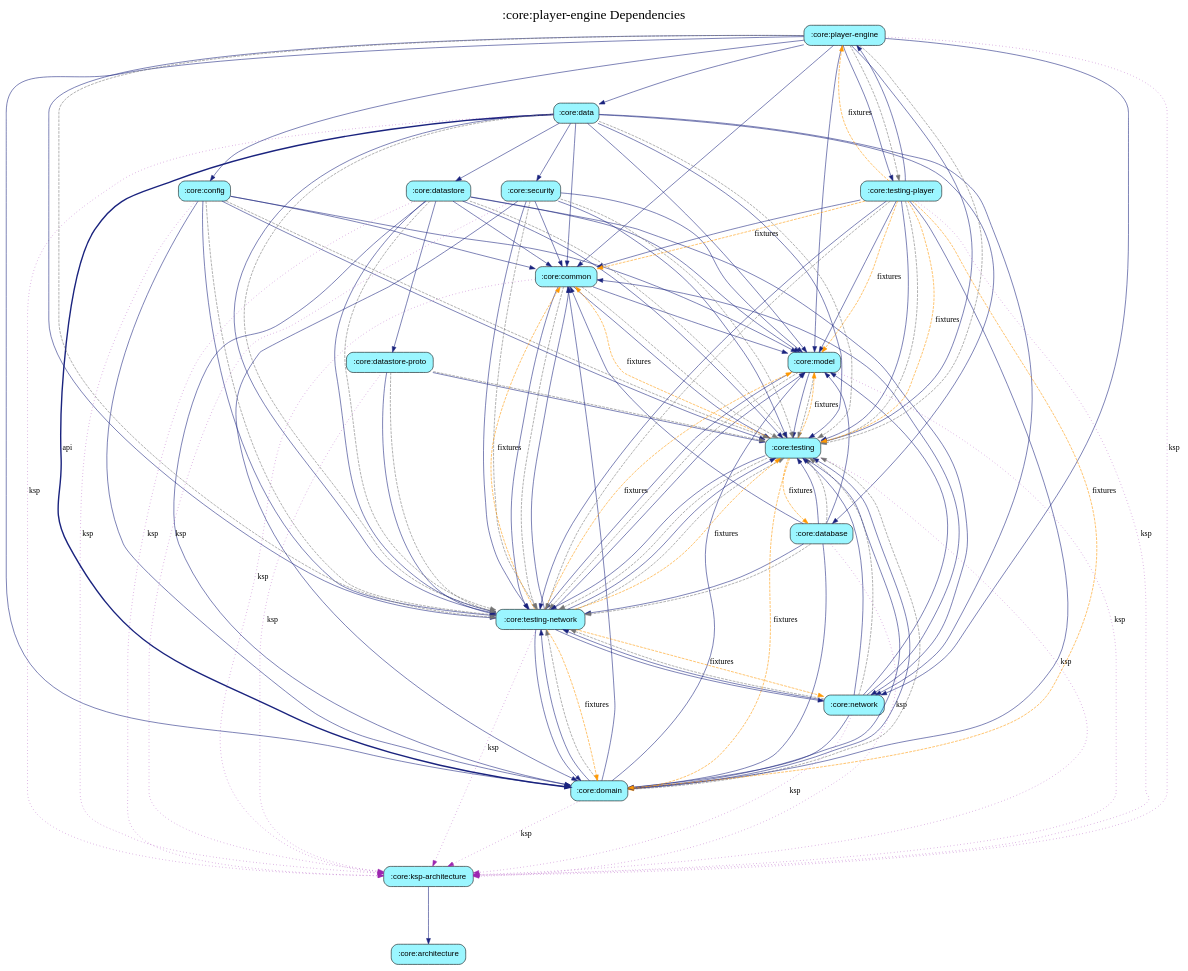
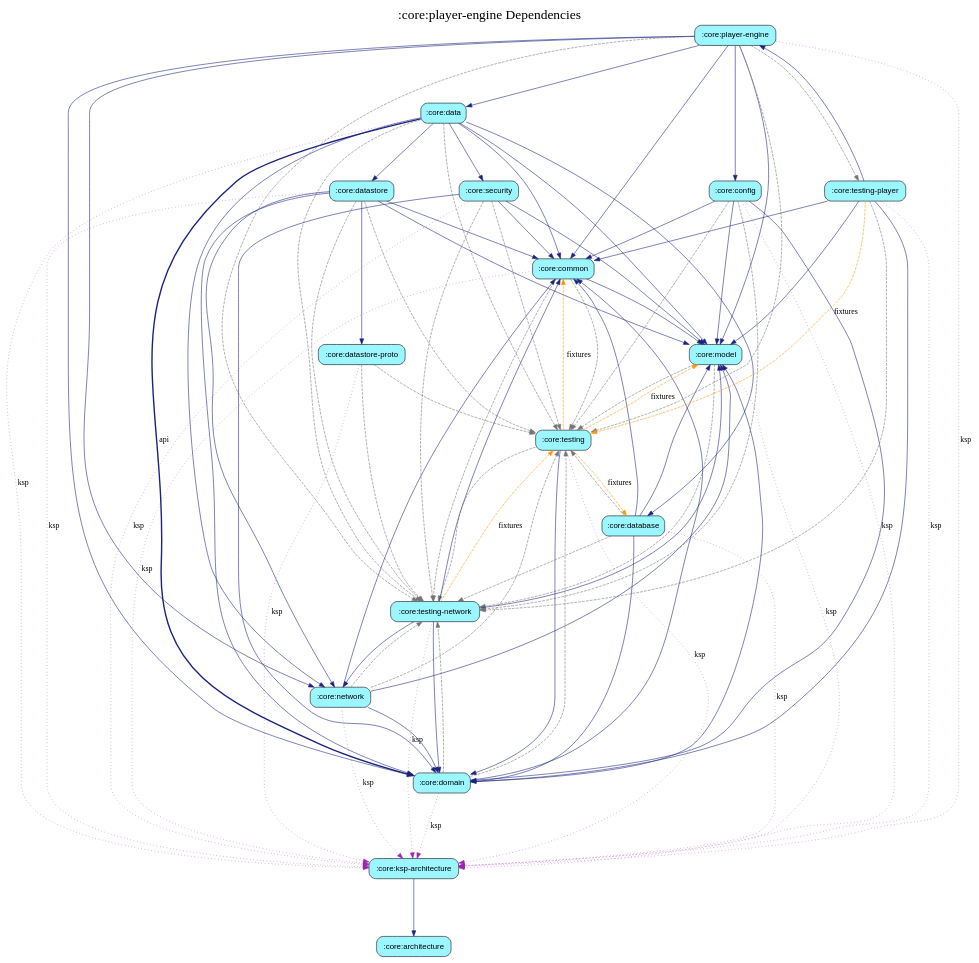
The diagram in core/player-engine/module_graph.gv (harrykibet/RealEstateApp-Android), drawn with Graphviz before and after one commit. The commit also changed 83 other files, not shown here.

```diff
--- a/core/player-engine/module_graph.gv
+++ b/core/player-engine/module_graph.gv
@@ -1,145 +1,107 @@
 digraph {
   graph [label=":core:player-engine Dependencies", labelloc=t, fontsize=24, ranksep=1.4];
-  node [style="rounded,filled", fontname="sans-serif", shape=box];
+  node [style=filled, fillcolor="#bbdefb", fontname="sans-serif", shape=box, style="rounded,filled"];
   ":core:architecture" [fillcolor="#9BF6FF"];
   ":core:common" [fillcolor="#9BF6FF"];
   ":core:config" [fillcolor="#9BF6FF"];
   ":core:data" [fillcolor="#9BF6FF"];
   ":core:database" [fillcolor="#9BF6FF"];
   ":core:datastore" [fillcolor="#9BF6FF"];
   ":core:datastore-proto" [fillcolor="#9BF6FF"];
   ":core:domain" [fillcolor="#9BF6FF"];
   ":core:ksp-architecture" [fillcolor="#9BF6FF"];
   ":core:model" [fillcolor="#9BF6FF"];
   ":core:network" [fillcolor="#9BF6FF"];
   ":core:player-engine" [fillcolor="#9BF6FF"];
   ":core:security" [fillcolor="#9BF6FF"];
   ":core:testing" [fillcolor="#9BF6FF"];
   ":core:testing-network" [fillcolor="#9BF6FF"];
   ":core:testing-player" [fillcolor="#9BF6FF"];
   ":core:common" -> ":core:ksp-architecture" [color="#9C27B0", style=dotted, label="ksp"]
   ":core:common" -> ":core:model" [color="#1A237E", style=solid]
-  ":core:common" -> ":core:testing" [color="#1A237E", style=solid]
   ":core:common" -> ":core:testing" [color="#757575", style=dashed]
-  ":core:common" -> ":core:testing-network" [color="#1A237E", style=solid]
   ":core:common" -> ":core:testing-network" [color="#757575", style=dashed]
   ":core:config" -> ":core:common" [color="#1A237E", style=solid]
   ":core:config" -> ":core:domain" [color="#1A237E", style=solid]
   ":core:config" -> ":core:ksp-architecture" [color="#9C27B0", style=dotted, label="ksp"]
   ":core:config" -> ":core:model" [color="#1A237E", style=solid]
-  ":core:config" -> ":core:testing" [color="#1A237E", style=solid]
   ":core:config" -> ":core:testing" [color="#757575", style=dashed]
-  ":core:config" -> ":core:testing-network" [color="#1A237E", style=solid]
   ":core:config" -> ":core:testing-network" [color="#757575", style=dashed]
   ":core:data" -> ":core:common" [color="#1A237E", style=solid]
   ":core:data" -> ":core:database" [color="#1A237E", style=solid]
   ":core:data" -> ":core:datastore" [color="#1A237E", style=solid]
   ":core:data" -> ":core:domain" [color="#1A237E", penwidth=2.5, label="api"]
   ":core:data" -> ":core:ksp-architecture" [color="#9C27B0", style=dotted, label="ksp"]
   ":core:data" -> ":core:model" [color="#1A237E", style=solid]
   ":core:data" -> ":core:network" [color="#1A237E", style=solid]
   ":core:data" -> ":core:security" [color="#1A237E", style=solid]
-  ":core:data" -> ":core:testing" [color="#1A237E", style=solid]
   ":core:data" -> ":core:testing" [color="#757575", style=dashed]
-  ":core:data" -> ":core:testing-network" [color="#1A237E", style=solid]
   ":core:data" -> ":core:testing-network" [color="#757575", style=dashed]
   ":core:database" -> ":core:common" [color="#1A237E", style=solid]
   ":core:database" -> ":core:domain" [color="#1A237E", style=solid]
   ":core:database" -> ":core:ksp-architecture" [color="#9C27B0", style=dotted, label="ksp"]
   ":core:database" -> ":core:model" [color="#1A237E", style=solid]
-  ":core:database" -> ":core:testing" [color="#1A237E", style=solid]
   ":core:database" -> ":core:testing" [color="#757575", style=dashed]
-  ":core:database" -> ":core:testing-network" [color="#1A237E", style=solid]
   ":core:database" -> ":core:testing-network" [color="#757575", style=dashed]
   ":core:datastore" -> ":core:common" [color="#1A237E", style=solid]
   ":core:datastore" -> ":core:datastore-proto" [color="#1A237E", style=solid]
   ":core:datastore" -> ":core:domain" [color="#1A237E", style=solid]
   ":core:datastore" -> ":core:ksp-architecture" [color="#9C27B0", style=dotted, label="ksp"]
   ":core:datastore" -> ":core:model" [color="#1A237E", style=solid]
   ":core:datastore" -> ":core:network" [color="#1A237E", style=solid]
-  ":core:datastore" -> ":core:testing" [color="#1A237E", style=solid]
   ":core:datastore" -> ":core:testing" [color="#757575", style=dashed]
-  ":core:datastore" -> ":core:testing-network" [color="#1A237E", style=solid]
   ":core:datastore" -> ":core:testing-network" [color="#757575", style=dashed]
   ":core:datastore-proto" -> ":core:ksp-architecture" [color="#9C27B0", style=dotted, label="ksp"]
-  ":core:datastore-proto" -> ":core:testing" [color="#1A237E", style=solid]
   ":core:datastore-proto" -> ":core:testing" [color="#757575", style=dashed]
-  ":core:datastore-proto" -> ":core:testing-network" [color="#1A237E", style=solid]
   ":core:datastore-proto" -> ":core:testing-network" [color="#757575", style=dashed]
   ":core:domain" -> ":core:common" [color="#1A237E", style=solid]
   ":core:domain" -> ":core:ksp-architecture" [color="#9C27B0", style=dotted, label="ksp"]
   ":core:domain" -> ":core:model" [color="#1A237E", style=solid]
-  ":core:domain" -> ":core:testing" [color="#1A237E", style=solid]
   ":core:domain" -> ":core:testing" [color="#757575", style=dashed]
-  ":core:domain" -> ":core:testing-network" [color="#1A237E", style=solid]
   ":core:domain" -> ":core:testing-network" [color="#757575", style=dashed]
   ":core:ksp-architecture" -> ":core:architecture" [color="#1A237E", style=solid]
   ":core:model" -> ":core:ksp-architecture" [color="#9C27B0", style=dotted, label="ksp"]
-  ":core:model" -> ":core:testing" [color="#1A237E", style=solid]
   ":core:model" -> ":core:testing" [color="#757575", style=dashed]
-  ":core:model" -> ":core:testing-network" [color="#1A237E", style=solid]
   ":core:model" -> ":core:testing-network" [color="#757575", style=dashed]
   ":core:network" -> ":core:common" [color="#1A237E", style=solid]
   ":core:network" -> ":core:domain" [color="#1A237E", style=solid]
   ":core:network" -> ":core:ksp-architecture" [color="#9C27B0", style=dotted, label="ksp"]
   ":core:network" -> ":core:model" [color="#1A237E", style=solid]
-  ":core:network" -> ":core:testing" [color="#1A237E", style=solid]
   ":core:network" -> ":core:testing" [color="#757575", style=dashed]
-  ":core:network" -> ":core:testing-network" [color="#1A237E", style=solid]
   ":core:network" -> ":core:testing-network" [color="#757575", style=dashed]
   ":core:player-engine" -> ":core:common" [color="#1A237E", style=solid]
   ":core:player-engine" -> ":core:config" [color="#1A237E", style=solid]
   ":core:player-engine" -> ":core:data" [color="#1A237E", style=solid]
   ":core:player-engine" -> ":core:domain" [color="#1A237E", style=solid]
   ":core:player-engine" -> ":core:ksp-architecture" [color="#9C27B0", style=dotted, label="ksp"]
   ":core:player-engine" -> ":core:model" [color="#1A237E", style=solid]
   ":core:player-engine" -> ":core:network" [color="#1A237E", style=solid]
-  ":core:player-engine" -> ":core:testing" [color="#1A237E", style=solid]
   ":core:player-engine" -> ":core:testing" [color="#757575", style=dashed]
-  ":core:player-engine" -> ":core:testing-network" [color="#1A237E", style=solid]
   ":core:player-engine" -> ":core:testing-network" [color="#757575", style=dashed]
-  ":core:player-engine" -> ":core:testing-player" [color="#1A237E", style=solid]
   ":core:player-engine" -> ":core:testing-player" [color="#757575", style=dashed]
   ":core:security" -> ":core:common" [color="#1A237E", style=solid]
   ":core:security" -> ":core:domain" [color="#1A237E", style=solid]
   ":core:security" -> ":core:ksp-architecture" [color="#9C27B0", style=dotted, label="ksp"]
   ":core:security" -> ":core:model" [color="#1A237E", style=solid]
-  ":core:security" -> ":core:testing" [color="#1A237E", style=solid]
   ":core:security" -> ":core:testing" [color="#757575", style=dashed]
-  ":core:security" -> ":core:testing-network" [color="#1A237E", style=solid]
   ":core:security" -> ":core:testing-network" [color="#757575", style=dashed]
   ":core:testing" -> ":core:common" [color="#FF9800", style=dashed, label="fixtures"]
   ":core:testing" -> ":core:database" [color="#FF9800", style=dashed, label="fixtures"]
   ":core:testing" -> ":core:domain" [color="#1A237E", style=solid]
-  ":core:testing" -> ":core:domain" [color="#FF9800", style=dashed, label="fixtures"]
   ":core:testing" -> ":core:ksp-architecture" [color="#9C27B0", style=dotted, label="ksp"]
   ":core:testing" -> ":core:model" [color="#FF9800", style=dashed, label="fixtures"]
-  ":core:testing" -> ":core:testing-network" [color="#1A237E", style=solid]
   ":core:testing" -> ":core:testing-network" [color="#757575", style=dashed]
   ":core:testing-network" -> ":core:common" [color="#1A237E", style=solid]
-  ":core:testing-network" -> ":core:common" [color="#FF9800", style=dashed, label="fixtures"]
   ":core:testing-network" -> ":core:domain" [color="#1A237E", style=solid]
-  ":core:testing-network" -> ":core:domain" [color="#FF9800", style=dashed, label="fixtures"]
   ":core:testing-network" -> ":core:ksp-architecture" [color="#9C27B0", style=dotted, label="ksp"]
   ":core:testing-network" -> ":core:model" [color="#1A237E", style=solid]
-  ":core:testing-network" -> ":core:model" [color="#FF9800", style=dashed, label="fixtures"]
   ":core:testing-network" -> ":core:network" [color="#1A237E", style=solid]
-  ":core:testing-network" -> ":core:network" [color="#FF9800", style=dashed, label="fixtures"]
-  ":core:testing-network" -> ":core:testing" [color="#1A237E", style=solid]
-  ":core:testing-network" -> ":core:testing" [color="#757575", style=dashed]
   ":core:testing-network" -> ":core:testing" [color="#FF9800", style=dashed, label="fixtures"]
   ":core:testing-player" -> ":core:common" [color="#1A237E", style=solid]
-  ":core:testing-player" -> ":core:common" [color="#FF9800", style=dashed, label="fixtures"]
   ":core:testing-player" -> ":core:domain" [color="#1A237E", style=solid]
-  ":core:testing-player" -> ":core:domain" [color="#FF9800", style=dashed, label="fixtures"]
   ":core:testing-player" -> ":core:ksp-architecture" [color="#9C27B0", style=dotted, label="ksp"]
   ":core:testing-player" -> ":core:model" [color="#1A237E", style=solid]
-  ":core:testing-player" -> ":core:model" [color="#FF9800", style=dashed, label="fixtures"]
   ":core:testing-player" -> ":core:player-engine" [color="#1A237E", style=solid]
-  ":core:testing-player" -> ":core:player-engine" [color="#FF9800", style=dashed, label="fixtures"]
-  ":core:testing-player" -> ":core:testing" [color="#1A237E", style=solid]
-  ":core:testing-player" -> ":core:testing" [color="#757575", style=dashed]
   ":core:testing-player" -> ":core:testing" [color="#FF9800", style=dashed, label="fixtures"]
-  ":core:testing-player" -> ":core:testing-network" [color="#1A237E", style=solid]
   ":core:testing-player" -> ":core:testing-network" [color="#757575", style=dashed]
 }
```
